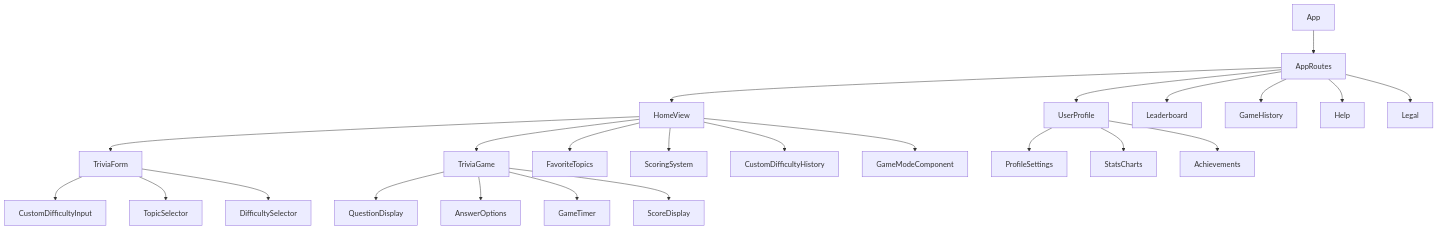
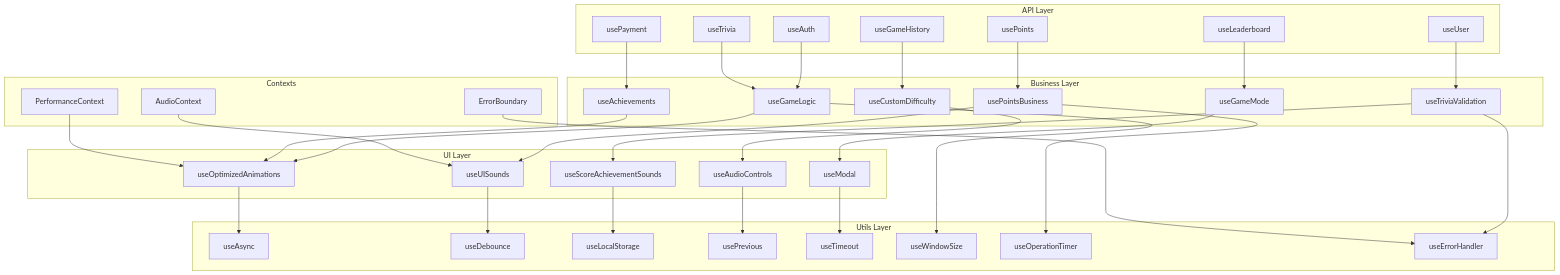
Diagram 11 of 25 in docs/DIAGRAMS.md (IsraelRub/EveryTriv), drawn with Mermaid before and after one commit. The commit also changed other lines of this file and 597 other files, not shown here.

````diff
--- a/docs/DIAGRAMS.md
+++ b/docs/DIAGRAMS.md
@@ -232,31 +686,74 @@
 ```mermaid
-graph TD
-    A[App] --> B[AppRoutes]
-    
-    B --> C[HomeView]
-    B --> D[UserProfile]
-    B --> E[Leaderboard]
-    B --> F[GameHistory]
-    B --> G[Help]
-    B --> H[Legal]
-    
-    C --> I[TriviaForm]
-    C --> J[TriviaGame]
-    C --> K[FavoriteTopics]
-    C --> L[ScoringSystem]
-    C --> M[CustomDifficultyHistory]
-    C --> N[GameModeComponent]
-    
-    D --> O[ProfileSettings]
-    D --> P[StatsCharts]
-    D --> Q[Achievements]
-    
-    I --> R[CustomDifficultyInput]
-    I --> S[TopicSelector]
-    I --> T[DifficultySelector]
-    
-    J --> U[QuestionDisplay]
-    J --> V[AnswerOptions]
-    J --> W[GameTimer]
-    J --> X[ScoreDisplay]
+graph TB
+    subgraph "API Layer"
+        A[useAuth]
+        B[useTrivia]
+        C[usePoints]
+        D[useUser]
+        E[useGameHistory]
+        F[useLeaderboard]
+        G[usePayment]
+    end
+
+    subgraph "Business Layer"
+        H[useGameLogic]
+        I[usePointsBusiness]
+        J[useTriviaValidation]
+        K[useCustomDifficulty]
+        L[useGameMode]
+        M[useAchievements]
+    end
+
+    subgraph "UI Layer"
+        N[useOptimizedAnimations]
+        O[useUISounds]
+        P[useScoreAchievementSounds]
+        Q[useAudioControls]
+        R[useModal]
+    end
+
+    subgraph "Utils Layer"
+        S[useAsync]
+        T[useDebounce]
+        U[useLocalStorage]
+        V[usePrevious]
+        W[useTimeout]
+        X[useWindowSize]
+        Y[useOperationTimer]
+        Z[useErrorHandler]
+    end
+
+    subgraph "Contexts"
+        AA[AudioContext]
+        BB[PerformanceContext]
+        CC[ErrorBoundary]
+    end
+
+    A --> H
+    B --> H
+    C --> I
+    D --> J
+    E --> K
+    F --> L
+    G --> M
+
+    H --> N
+    I --> O
+    J --> P
+    K --> Q
+    L --> R
+    M --> N
+
+    N --> S
+    O --> T
+    P --> U
+    Q --> V
+    R --> W
+    H --> X
+    I --> Y
+    J --> Z
+
+    AA --> O
+    BB --> N
+    CC --> Z
 ```
````
